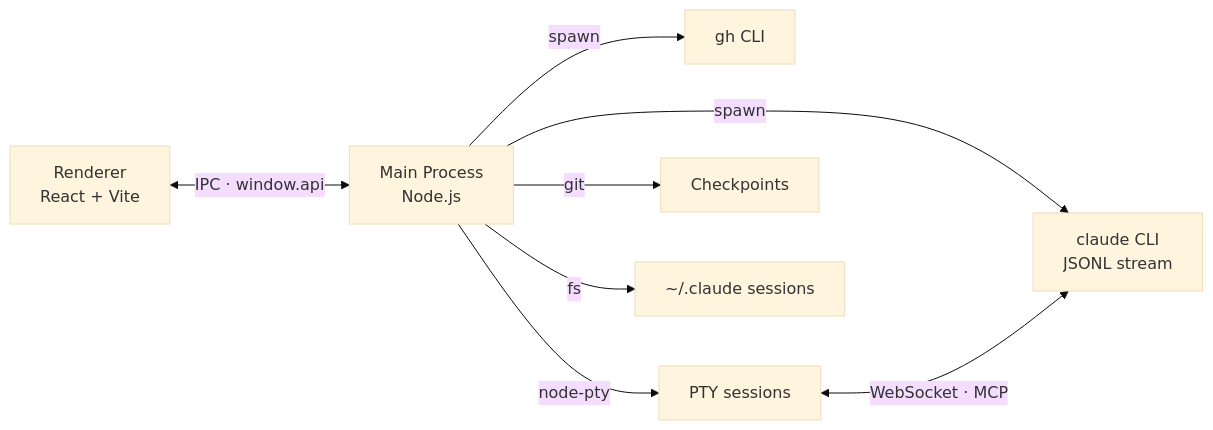
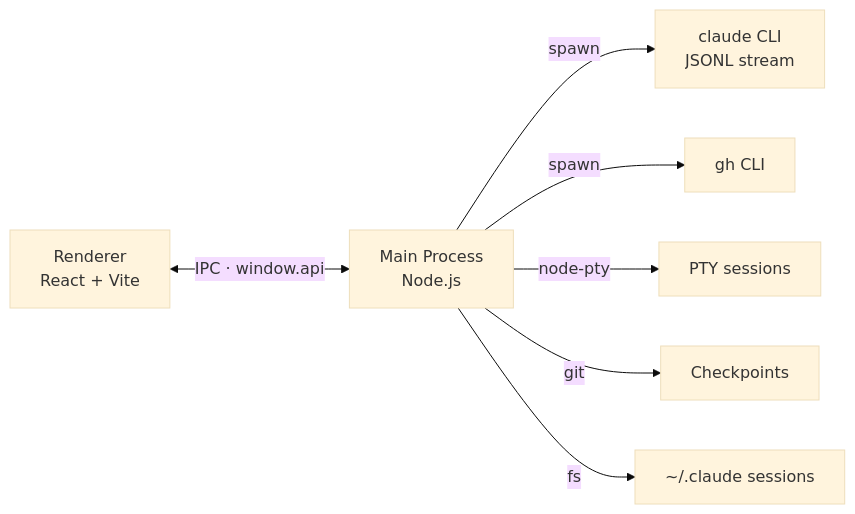
The diagram in README.md (EnSue-Laboratories/RAYLINE), drawn with Mermaid (base theme) before and after one commit. The commit also changed other lines of this file and 18 other files, not shown here.

````diff
--- a/README.md
+++ b/README.md
@@ -88,10 +87,9 @@
 ```mermaid
 flowchart LR
   R["Renderer<br/>React + Vite"] <-- "IPC · window.api" --> M["Main Process<br/>Node.js"]
   M -- "spawn" --> C["claude CLI<br/>JSONL stream"]
   M -- "spawn" --> G["gh CLI"]
   M -- "node-pty" --> T["PTY sessions"]
-  T <-- "WebSocket · MCP" --> C
   M -- "git" --> K["Checkpoints"]
   M -- "fs" --> S["~/.claude sessions"]
 ```
````
